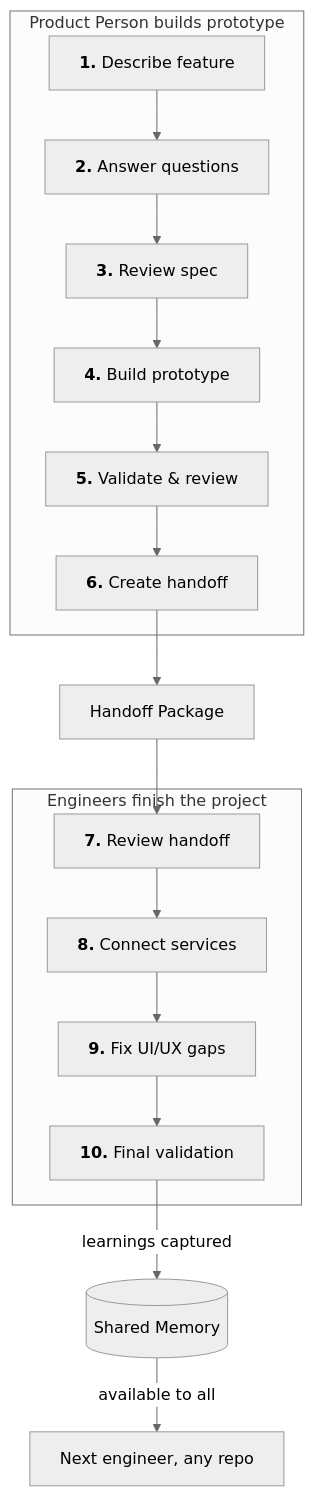
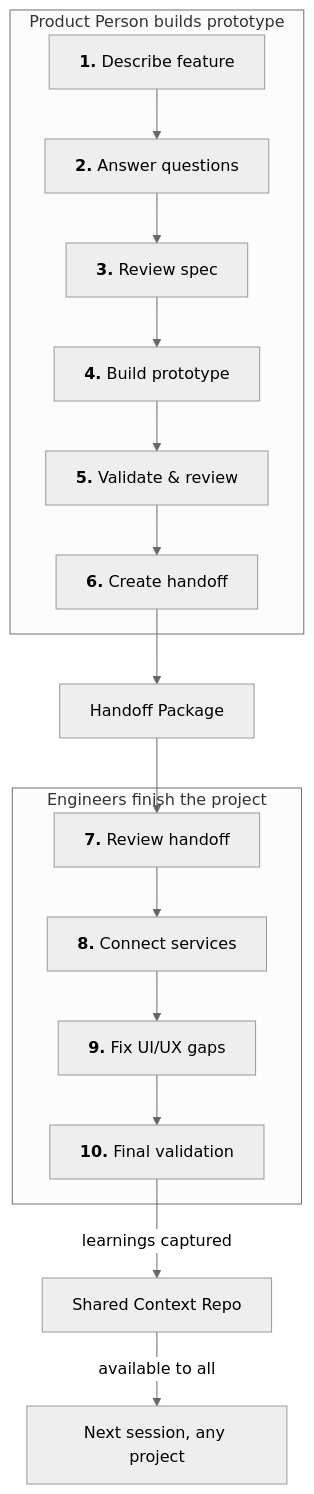
One commit to araserel/sigil-os changed the second of 3 diagrams in prism-plugin/docs/multi-team-workflow.md. Above: the diagram before and after it, drawn with Mermaid (neutral theme). The commit also changed other lines of this file and 19 other files, not shown here.

First line of the commit message:
feat: Complete S2-101 shared context infrastructure (all phases)

````diff
--- a/prism-plugin/docs/multi-team-workflow.md
+++ b/prism-plugin/docs/multi-team-workflow.md
@@ -50,27 +39,27 @@
 ```mermaid
 flowchart TD
     subgraph Product["Product Person builds prototype"]
         P1["`**1.** Describe feature`"]
         P2["`**2.** Answer questions`"]
         P3["`**3.** Review spec`"]
         P4["`**4.** Build prototype`"]
         P5["`**5.** Validate & review`"]
         P6["`**6.** Create handoff`"]
         P1 --> P2 --> P3 --> P4 --> P5 --> P6
     end
 
     P6 --> HP["Handoff Package"]
 
     subgraph Engineering["Engineers finish the project"]
         E1["`**7.** Review handoff`"]
         E2["`**8.** Connect services`"]
         E3["`**9.** Fix UI/UX gaps`"]
         E4["`**10.** Final validation`"]
         E1 --> E2 --> E3 --> E4
     end
 
     HP --> E1
 
-    E4 -->|"learnings captured"| DB2[("Shared Memory")]
-    DB2 -->|"available to all"| E5["Next engineer, any repo"]
+    E4 -->|"learnings captured"| SR["Shared Context Repo"]
+    SR -->|"available to all"| E5["Next session, any project"]
 ```
````
